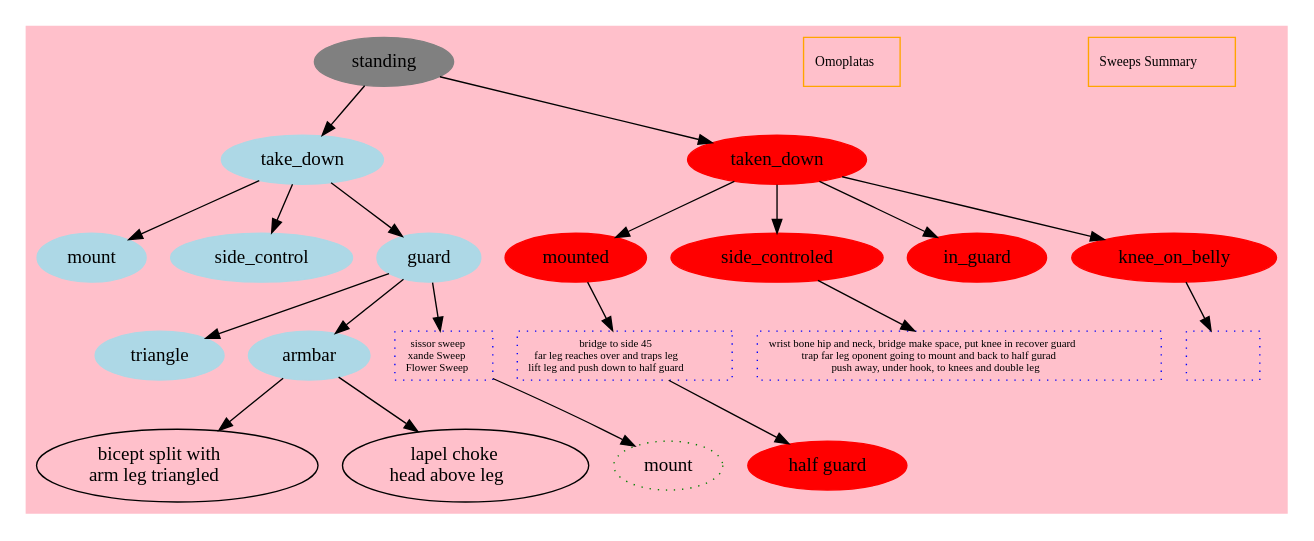
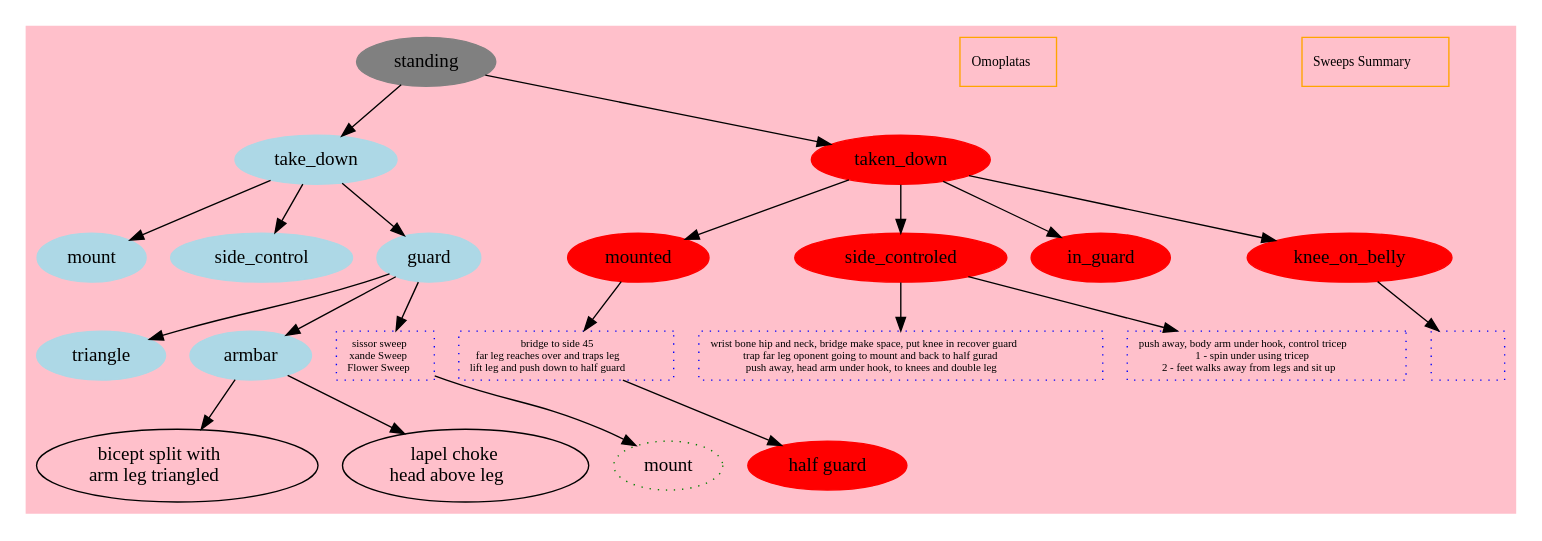
The diagram in jujitsu-moves.dot (carltonj2000/jujitsu), drawn with Graphviz before and after one commit. The commit also changed 1 other file, not shown here.

Commit message:
add side control escapes

```diff
--- a/jujitsu-moves.dot
+++ b/jujitsu-moves.dot
@@ -1,106 +1,118 @@
 digraph G {
     subgraph cluster0 {
         sweepsummary [
             href="https://www.youtube.com/watch?v=cxc6uoaso7Q", 
             shape=box,
             color=orange,
             fontsize=10, 
             label=< <table border="0" cellspacing="0" cellborder="0" cellpadding="0">
             <tr><td>Sweeps Summary</td></tr>
             </table> >
         ];  
 
         omoplata1 [
             href="https://www.youtube.com/watch?v=tfvEGtSCIRI", 
             shape=box,
             color=orange,
             fontsize=10, 
             label=< <table border="0" cellspacing="0" cellborder="0" cellpadding="0">
             <tr><td>Omoplatas</td></tr>
             </table> >
         ];  
 
         style=filled;
         color=pink;
         standing [style=filled,color=gray];
         standing -> take_down;
         standing-> taken_down;
         take_down [style=filled,color=lightblue];
         taken_down [style=filled,color=red];
         taken_down -> mounted;
         taken_down -> side_controled;
         taken_down -> in_guard;
         taken_down -> knee_on_belly;
         knee_on_belly [style=filled,color=red];
        knee_on_belly -> knee_on_bellyd;
         knee_on_bellyd [
             href="https://www.youtube.com/watch?v=S_vtppaNxoc", 
             shape=box,
             color=blue,
             style=dotted,
             fontsize=8, 
             label=< <table border="0" cellspacing="0" cellborder="0" cellpadding="0">
             <tr><td></td></tr>
             <tr><td></td></tr>
             <tr><td></td></tr>
             </table> >
         ];          mounted [style=filled,color=red];
         mounted -> halfguardd -> halfguard;
         halfguard [label="half guard",style=filled, color=red];
         halfguardd [
             href="https://www.youtube.com/watch?v=q2OAJF__P2w", 
             shape=box,
             color=blue,
             style=dotted,
             fontsize=8, 
             label=< <table border="0" cellspacing="0" cellborder="0" cellpadding="0">
             <tr><td>bridge to side 45</td></tr>
             <tr><td>far leg reaches over and traps leg</td></tr>
             <tr><td>lift leg and push down to half guard</td></tr>
             </table> >
         ];        
         side_controled [style=filled,color=red];
         side_controled -> side_controledd;
+        side_controled -> side_controledd2;
         side_controledd [
             href="https://www.youtube.com/watch?v=S_vtppaNxoc", 
             shape=box,
             color=blue,
             style=dotted,
             fontsize=8, 
             label=< <table border="0" cellspacing="0" cellborder="0" cellpadding="0">
             <tr><td>wrist bone hip and neck, bridge make space, put knee in recover guard</td></tr>
             <tr><td>trap far leg oponent going to mount and back to half gurad</td></tr>
-            <tr><td>push away, under hook, to knees and double leg</td></tr>
+            <tr><td>push away, head arm under hook, to knees and double leg</td></tr>
             </table> >
         ];  
-        in_guard [style=filled,color=red];
+       side_controledd2 [
+            href="https://www.youtube.com/watch?v=6ZKFobk8vOQ", 
+            shape=box,
+            color=blue,
+            style=dotted,
+            fontsize=8, 
+            label=< <table border="0" cellspacing="0" cellborder="0" cellpadding="0">
+            <tr><td>push away, body arm under hook, control tricep</td></tr>
+            <tr><td>1 - spin under using tricep</td></tr>
+            <tr><td>2 - feet walks away from legs and sit up</td></tr>
+            </table> >
+        ];        in_guard [style=filled,color=red];
         take_down -> mount;
         take_down -> side_control;
         take_down -> guard;
         mount [style=filled,color=lightblue];
         side_control [style=filled,color=lightblue];
         guard [style=filled,color=lightblue];
         guard -> triangle;
         triangle [style=filled,color=lightblue];
         guard -> armbar;
         armbar [style=filled,color=lightblue];
         guard -> sweepSissor -> mounte1;
         sweepSissor [
             href="https://www.youtube.com/watch?v=HHs1ftjayUw", 
             shape=box,
             color=blue,
             style=dotted,
             fontsize=8, 
             label=< <table border="0" cellspacing="0" cellborder="0" cellpadding="0">
             <tr><td>sissor sweep</td></tr>
             <tr><td>xande Sweep</td></tr>
             <tr><td>Flower Sweep</td></tr>
             </table> >
         ];
         mounte1 [style=dotted,color=green, label=mount];
         armbar -> ltr;
         ltr [label=<bicept split with<br/> arm leg triangled>];
         armbar -> choke
         choke [label=<lapel choke<br/> head above leg>];
     }
 }
```
